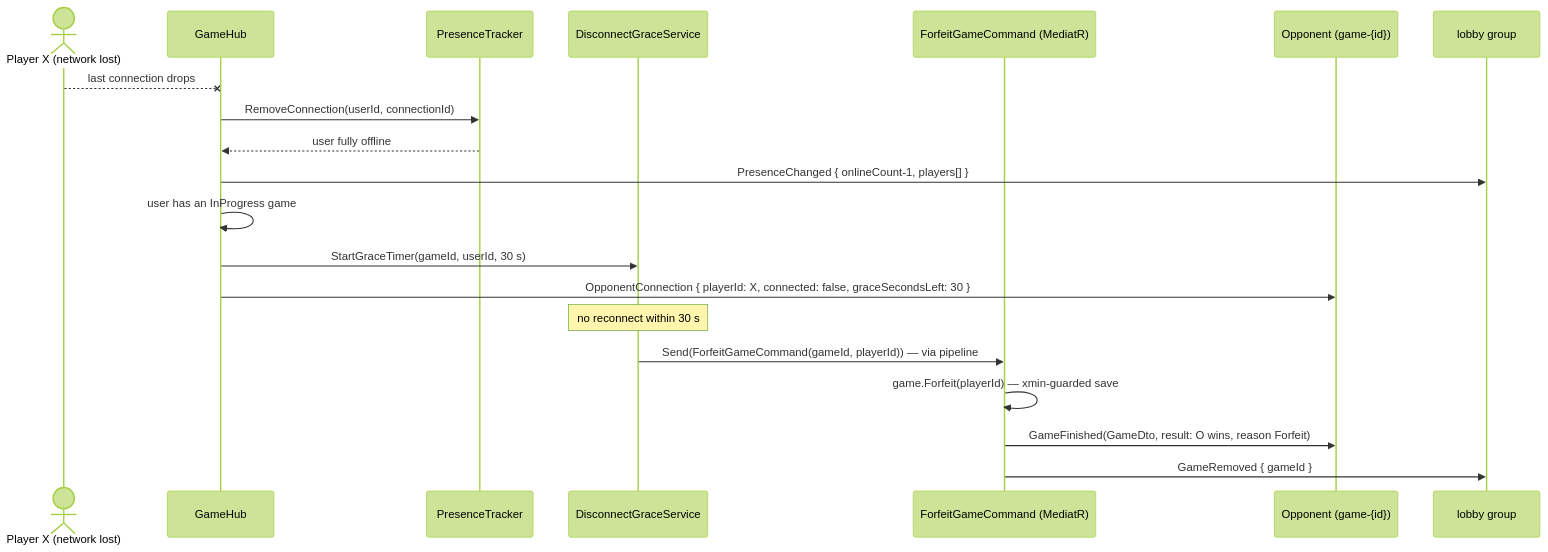
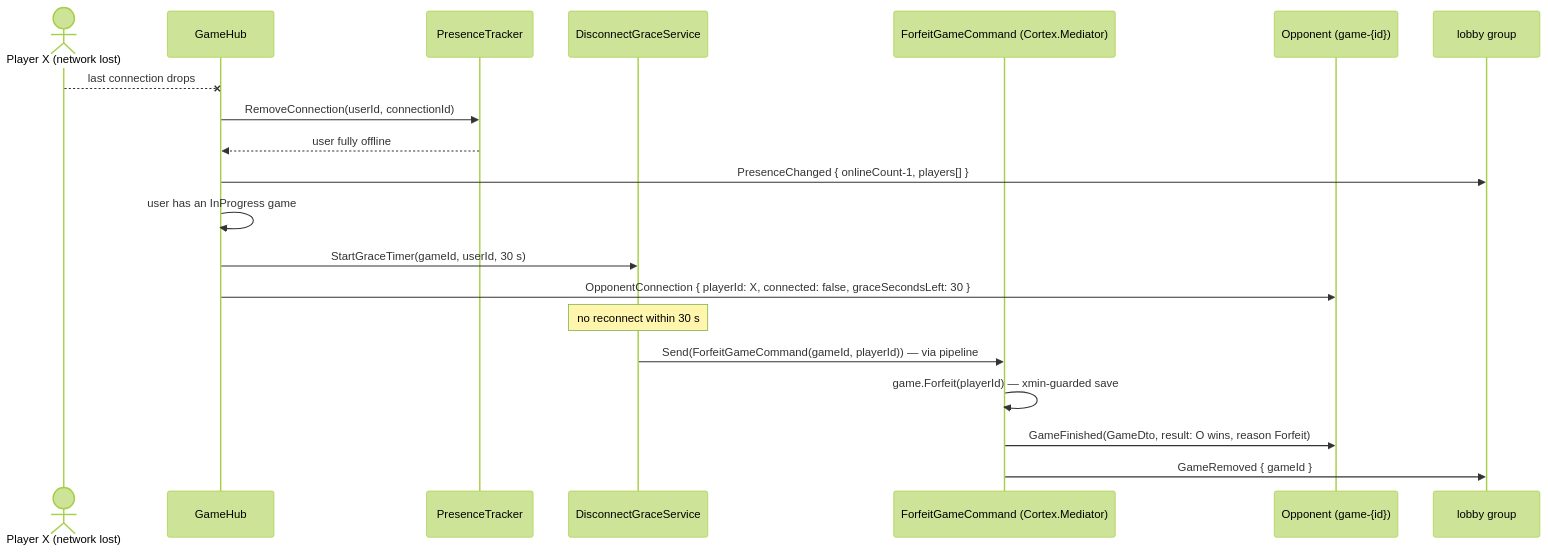
The second of 3 diagrams in docs/02-backend/realtime-signalr.md (Nur-Al-Mumit/tic-tac-toe), drawn with Mermaid (forest theme) before and after one commit. The commit also changed other lines of this file and 20 other files, not shown here.

Commit message:
docs: switch in-process mediator from MediatR to Cortex.Mediator (ADR-0013, supersedes ADR-0002)

````diff
--- a/docs/02-backend/realtime-signalr.md
+++ b/docs/02-backend/realtime-signalr.md
@@ -189,23 +189,23 @@
 ```mermaid
 sequenceDiagram
     actor P as Player X (network lost)
     participant H as GameHub
     participant PT as PresenceTracker
     participant Svc as DisconnectGraceService
-    participant CMD as ForfeitGameCommand (MediatR)
+    participant CMD as ForfeitGameCommand (Cortex.Mediator)
     participant O as Opponent (game-{id})
     participant L as lobby group
 
     P--xH: last connection drops
     H->>PT: RemoveConnection(userId, connectionId)
     PT-->>H: user fully offline
     H->>L: PresenceChanged { onlineCount-1, players[] }
     H->>H: user has an InProgress game
     H->>Svc: StartGraceTimer(gameId, userId, 30 s)
     H->>O: OpponentConnection { playerId: X, connected: false, graceSecondsLeft: 30 }
     Note over Svc: no reconnect within 30 s
     Svc->>CMD: Send(ForfeitGameCommand(gameId, playerId)) — via pipeline
     CMD->>CMD: game.Forfeit(playerId) — xmin-guarded save
     CMD->>O: GameFinished(GameDto, result: O wins, reason Forfeit)
     CMD->>L: GameRemoved { gameId }
 ```
````
